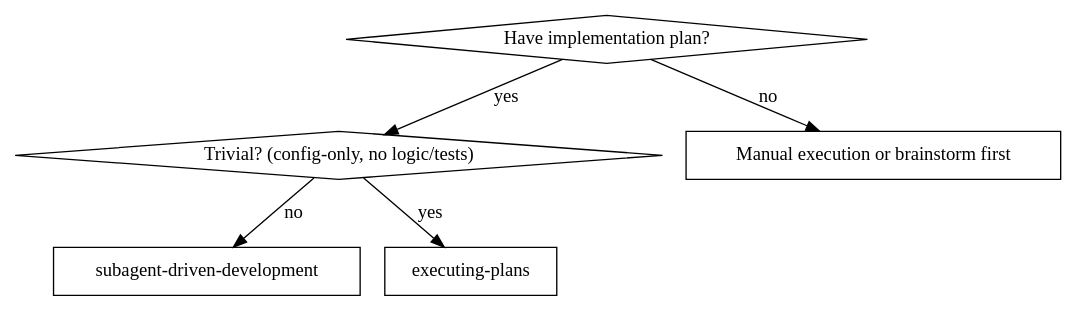
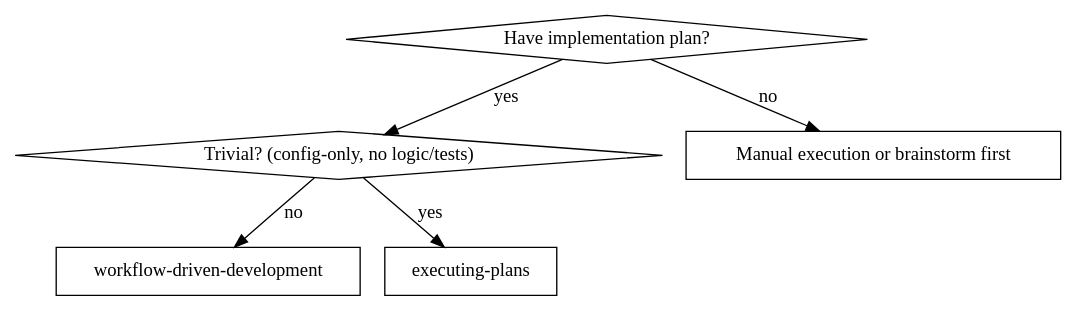
One commit to hgl-pong/claude-code-flow changed the diagram in skills/workflow-driven-development/SKILL.md. Above: the diagram before and after it, drawn with Graphviz. The commit also changed other lines of this file and 84 other files, not shown here.

Commit message:
Remove obsolete test scripts and prompts for skill triggering and subagent-driven development; delete Go Fractals and Svelte Todo project files; update image generation skill tests to reflect new file paths and structure.

````diff
--- a/skills/workflow-driven-development/SKILL.md
+++ b/skills/workflow-driven-development/SKILL.md
@@ -100,14 +12,14 @@
 ```dot
 digraph when_to_use {
     "Have implementation plan?" [shape=diamond];
     "Trivial? (config-only, no logic/tests)" [shape=diamond];
-    "subagent-driven-development" [shape=box];
+    "workflow-driven-development" [shape=box];
     "executing-plans" [shape=box];
     "Manual execution or brainstorm first" [shape=box];
 
     "Have implementation plan?" -> "Trivial? (config-only, no logic/tests)" [label="yes"];
     "Have implementation plan?" -> "Manual execution or brainstorm first" [label="no"];
     "Trivial? (config-only, no logic/tests)" -> "executing-plans" [label="yes"];
-    "Trivial? (config-only, no logic/tests)" -> "subagent-driven-development" [label="no"];
+    "Trivial? (config-only, no logic/tests)" -> "workflow-driven-development" [label="no"];
 }
 ```
````
